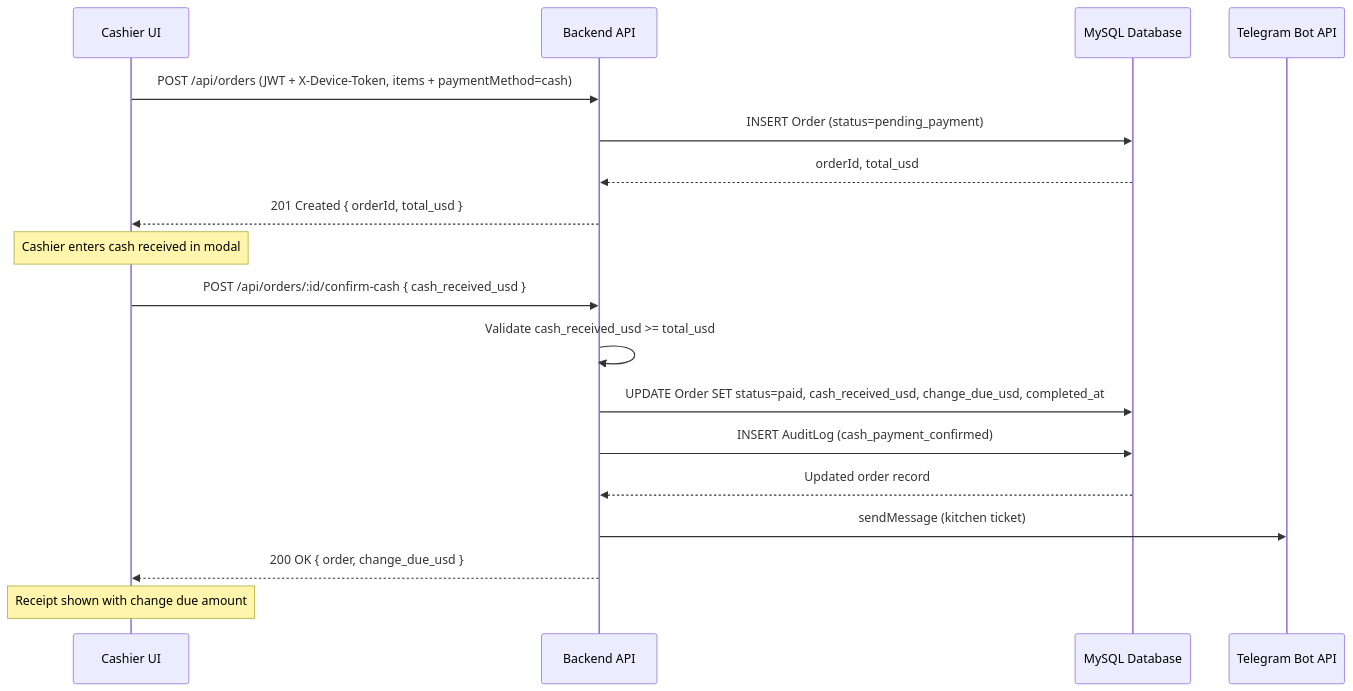
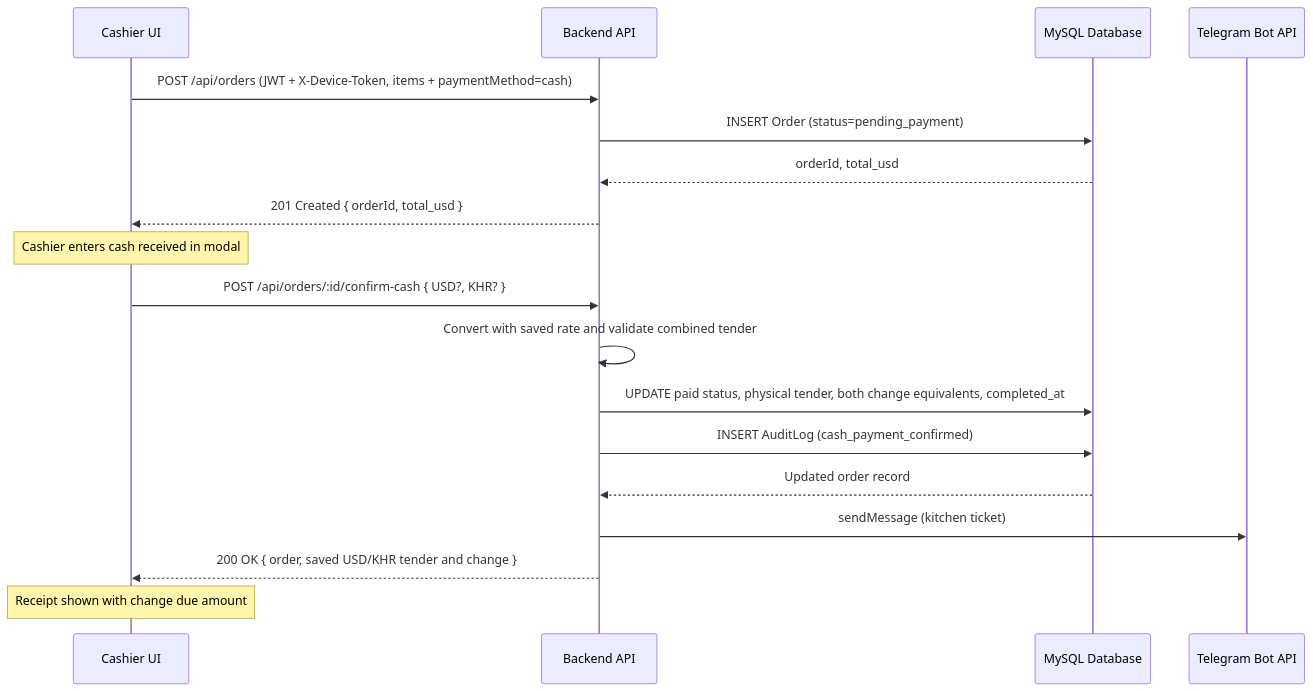
Before and after one commit to sothyvan/TOUB_POS: the fifth of 6 diagrams in docs/reports/TOUB_POS_Project_Report.md, drawn with Mermaid. The commit also changed other lines of this file and 56 other files, not shown here.

````diff
--- a/docs/reports/TOUB_POS_Project_Report.md
+++ b/docs/reports/TOUB_POS_Project_Report.md
@@ -587,23 +587,23 @@
 ```mermaid
 sequenceDiagram
   participant C as Cashier UI
   participant API as Backend API
   participant DB as MySQL Database
   participant TG as Telegram Bot API
 
   C->>API: POST /api/orders (JWT + X-Device-Token, items + paymentMethod=cash)
   API->>DB: INSERT Order (status=pending_payment)
   DB-->>API: orderId, total_usd
   API-->>C: 201 Created { orderId, total_usd }
 
   Note over C: Cashier enters cash received in modal
-  C->>API: POST /api/orders/:id/confirm-cash { cash_received_usd }
-  API->>API: Validate cash_received_usd >= total_usd
-  API->>DB: UPDATE Order SET status=paid, cash_received_usd, change_due_usd, completed_at
+  C->>API: POST /api/orders/:id/confirm-cash { USD?, KHR? }
+  API->>API: Convert with saved rate and validate combined tender
+  API->>DB: UPDATE paid status, physical tender, both change equivalents, completed_at
   API->>DB: INSERT AuditLog (cash_payment_confirmed)
   DB-->>API: Updated order record
   API->>TG: sendMessage (kitchen ticket)
-  API-->>C: 200 OK { order, change_due_usd }
+  API-->>C: 200 OK { order, saved USD/KHR tender and change }
 
   Note over C: Receipt shown with change due amount
 ```
````
